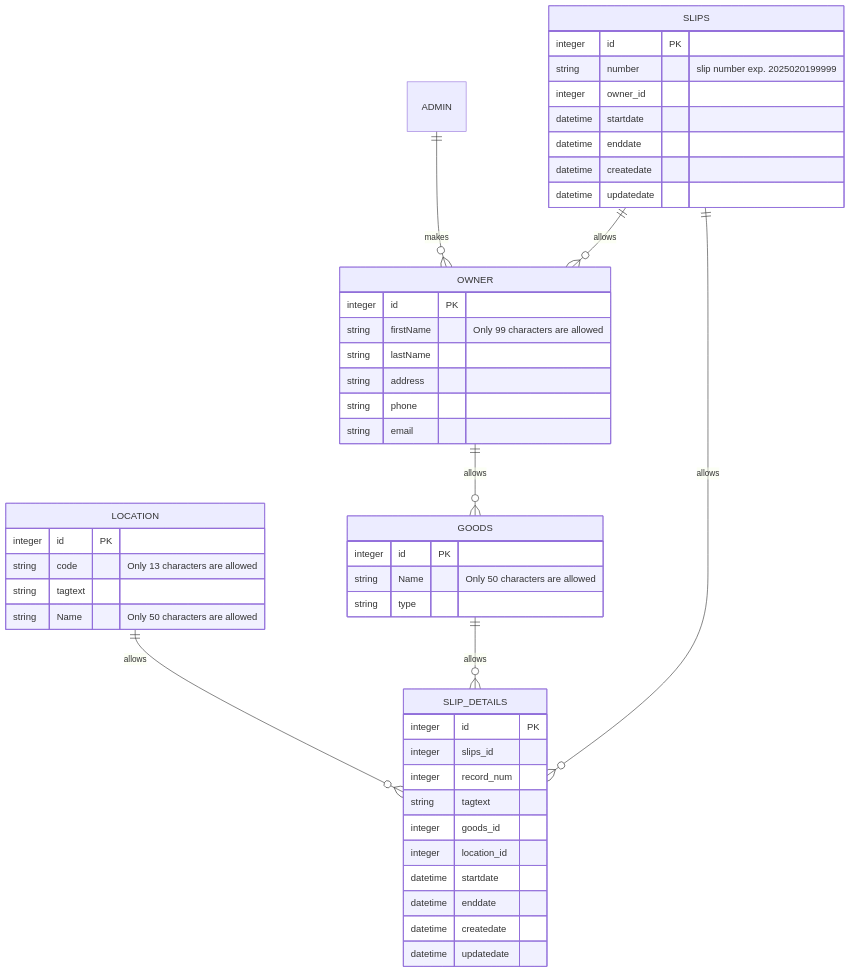
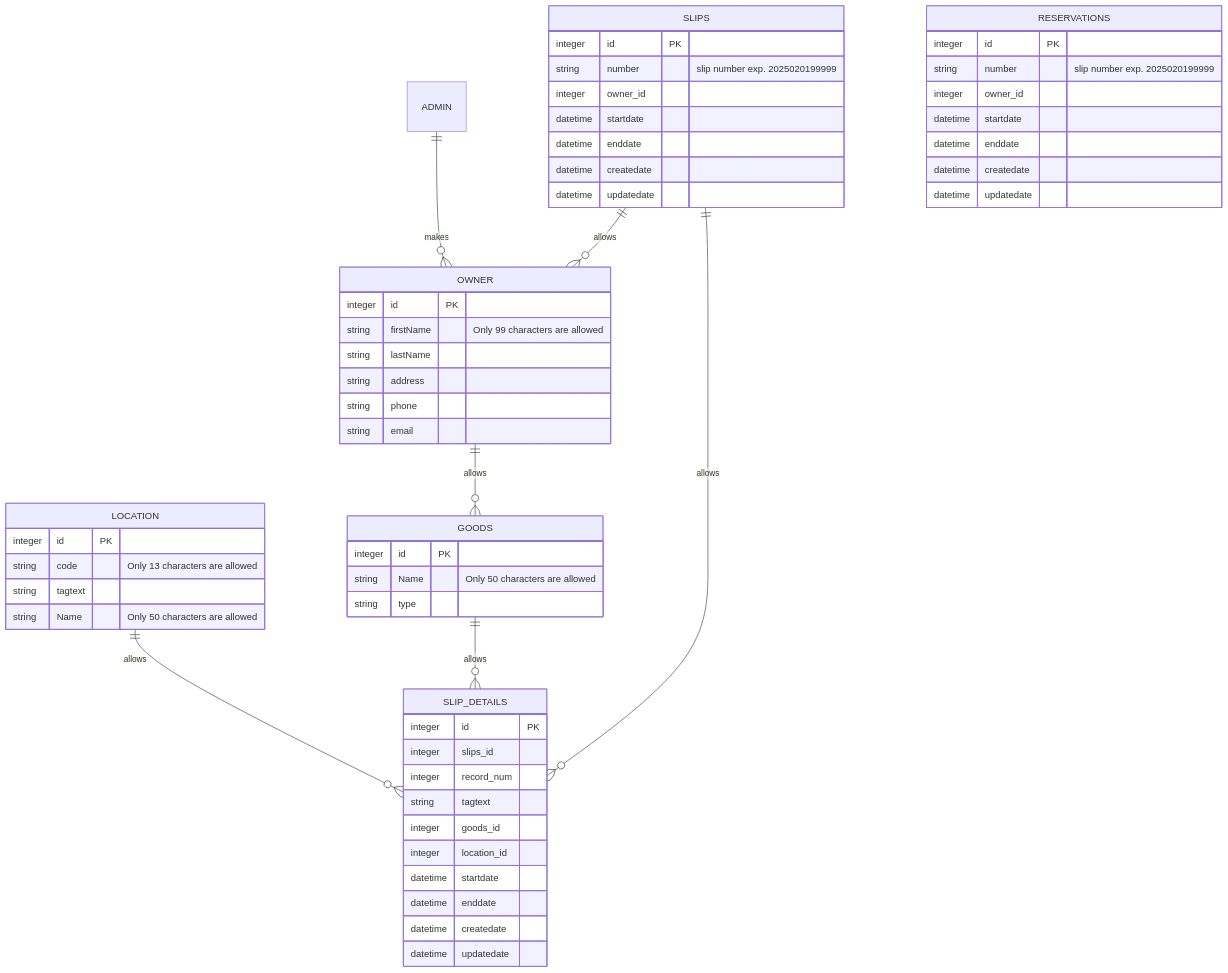
One commit to piot-jp-Team/goods_storage changed the second of 2 diagrams in README.md. Above: the diagram before and after it, drawn with Mermaid. The commit also changed other lines of this file, not shown here.

````diff
--- a/README.md
+++ b/README.md
@@ -68,54 +76,64 @@
 ```mermaid
 erDiagram
     LOCATION ||--o{ SLIP_DETAILS : allows
     ADMIN ||--o{ OWNER : makes
     OWNER ||--o{ GOODS : allows
     GOODS ||--o{ SLIP_DETAILS : allows
     SLIPS ||--o{ OWNER : allows
     SLIPS ||--o{ SLIP_DETAILS : allows
 
   
     OWNER {
         integer id PK
         string firstName "Only 99 characters are allowed"
         string lastName
         string address
         string phone
         string email
     }
 
     GOODS {
         integer id PK
         string Name "Only 50 characters are allowed"
         string type
     }
   
     LOCATION {
         integer id PK
         string code "Only 13 characters are allowed"
         string tagtext
         string Name "Only 50 characters are allowed"
     }
 
     SLIPS {
         integer id PK
         string number "slip number exp. 2025020199999"
         integer owner_id
         datetime startdate
         datetime enddate
         datetime createdate
         datetime updatedate
     }
     SLIP_DETAILS {
         integer id PK
         integer slips_id
         integer record_num
         string tagtext
         integer goods_id
         integer location_id
         datetime startdate
         datetime enddate
         datetime createdate
         datetime updatedate
     }
+
+    RESERVATIONS {
+        integer id PK
+        string number "slip number exp. 2025020199999"
+        integer owner_id
+        datetime startdate
+        datetime enddate
+        datetime createdate
+        datetime updatedate
+    }
 ```
````
